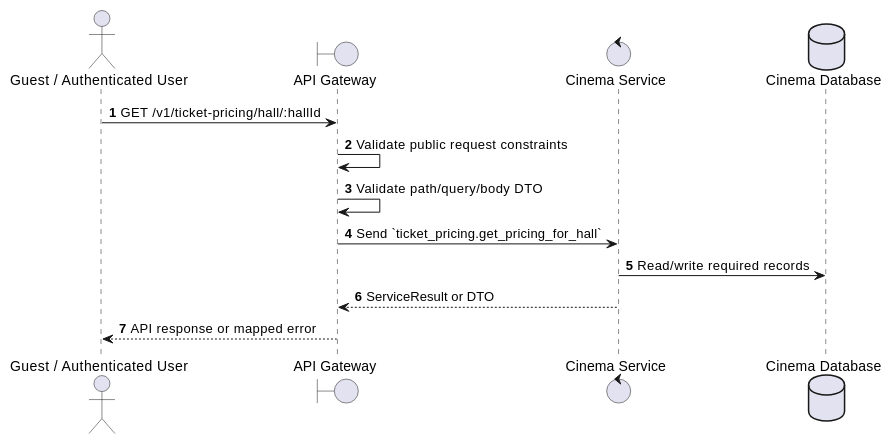
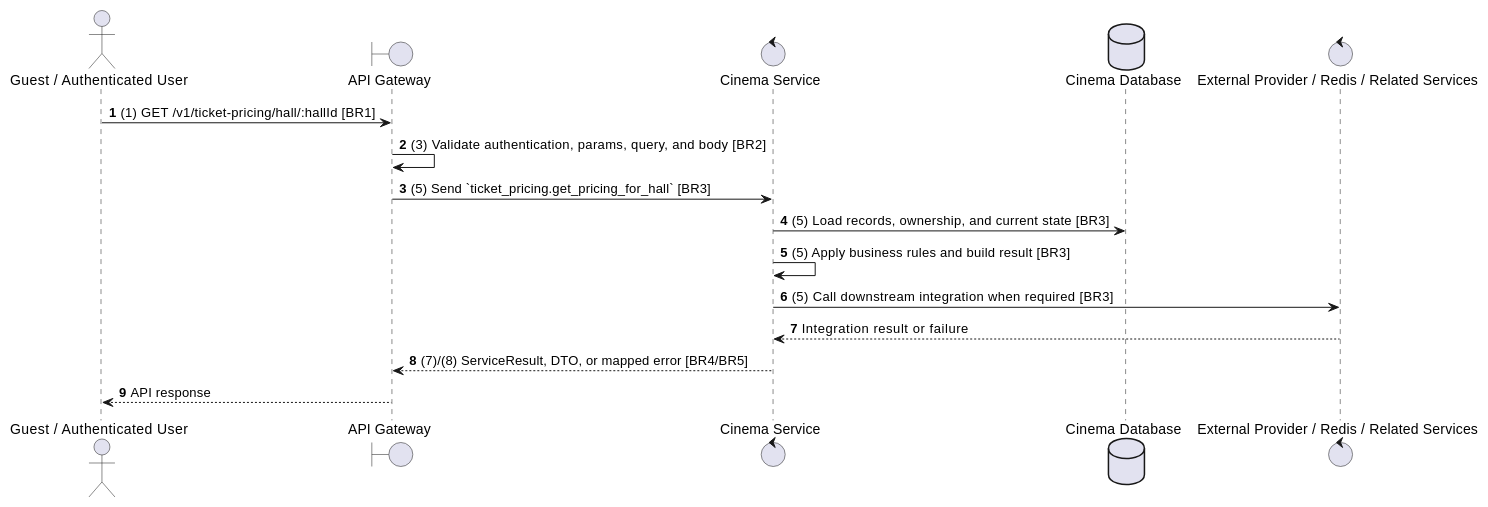
One commit to Tanh1603/movie-hub-architecture changed the second of 2 diagrams in docs/functional_specs/3.2.3_Ticket_Pricing_Management/TP-01_Get_Pricing_for_Hall.md. Above: the diagram before and after it, drawn with PlantUML. The commit also changed other lines of this file and 129 other files, not shown here.

````diff
--- a/docs/functional_specs/3.2.3_Ticket_Pricing_Management/TP-01_Get_Pricing_for_Hall.md
+++ b/docs/functional_specs/3.2.3_Ticket_Pricing_Management/TP-01_Get_Pricing_for_Hall.md
@@ -17,17 +64,20 @@
 ```plantuml
 @startuml
 autonumber
 actor "Guest / Authenticated User" as Actor
 boundary "API Gateway" as GW
 control "Cinema Service" as SVC
 database "Cinema Database" as DB
+control "External Provider / Redis / Related Services" as EXT
 
-Actor -> GW: GET /v1/ticket-pricing/hall/:hallId
-GW -> GW: Validate public request constraints
-GW -> GW: Validate path/query/body DTO
-GW -> SVC: Send `ticket_pricing.get_pricing_for_hall`
-SVC -> DB: Read/write required records
-SVC --> GW: ServiceResult or DTO
-GW --> Actor: API response or mapped error
+Actor -> GW: (1) GET /v1/ticket-pricing/hall/:hallId [BR1]
+GW -> GW: (3) Validate authentication, params, query, and body [BR2]
+GW -> SVC: (5) Send `ticket_pricing.get_pricing_for_hall` [BR3]
+SVC -> DB: (5) Load records, ownership, and current state [BR3]
+SVC -> SVC: (5) Apply business rules and build result [BR3]
+SVC -> EXT: (5) Call downstream integration when required [BR3]
+EXT --> SVC: Integration result or failure
+SVC --> GW: (7)/(8) ServiceResult, DTO, or mapped error [BR4/BR5]
+GW --> Actor: API response
 @enduml
 ```
````
